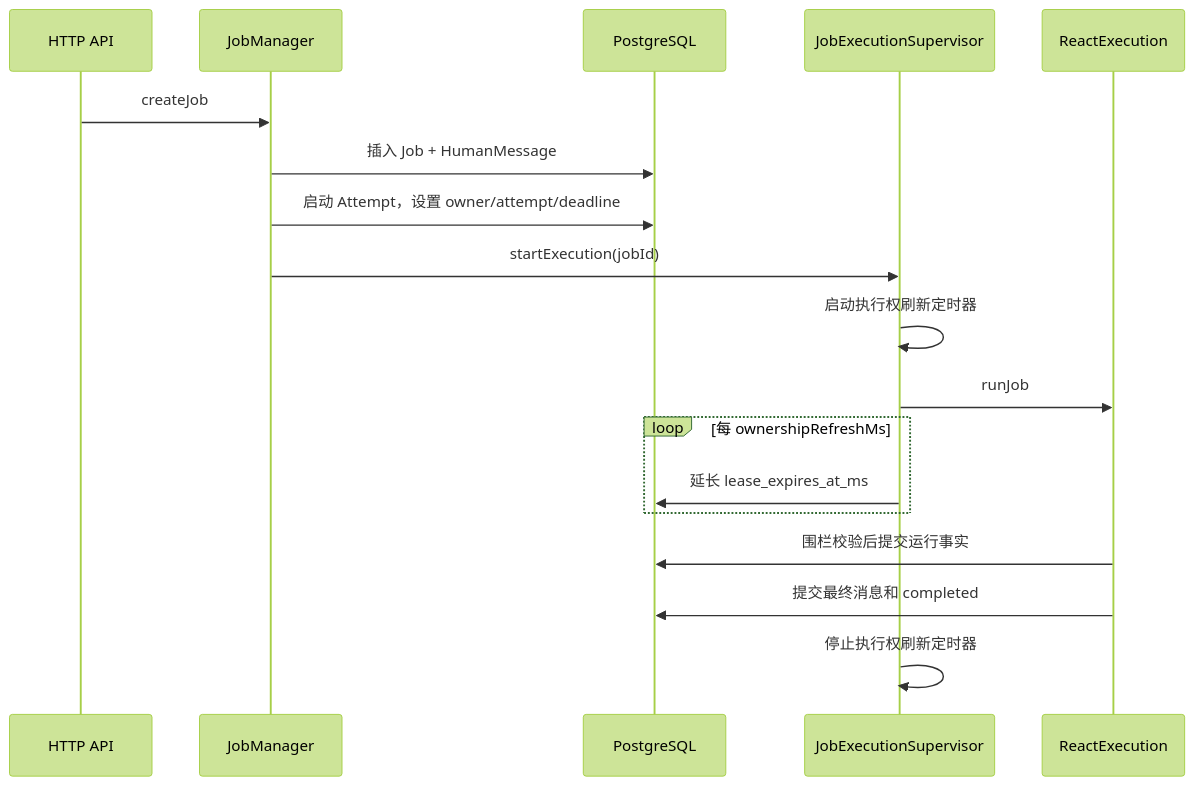
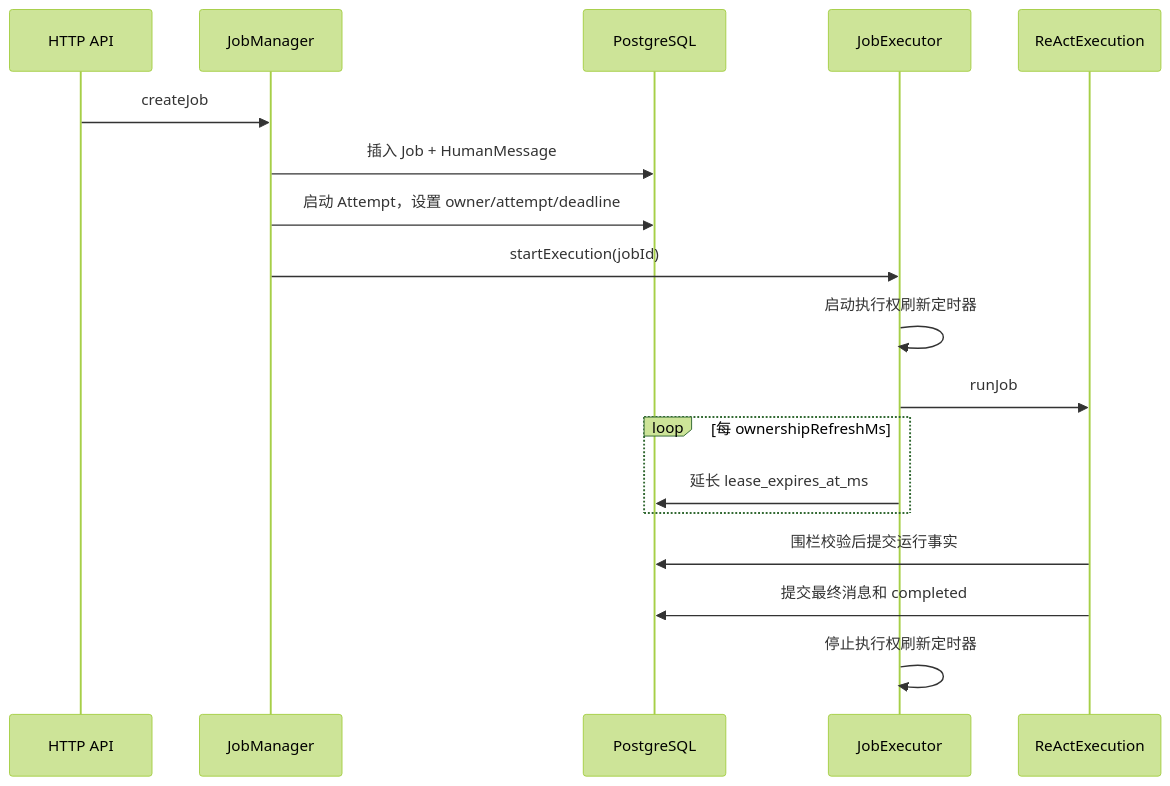
The second of 3 diagrams in docs/06-job-execution-ownership-and-recovery.md (lucyonegit/agent-runtime-v2), drawn with Mermaid (forest theme) before and after one commit. The commit also changed other lines of this file and 27 other files, not shown here.

````diff
--- a/docs/06-job-execution-ownership-and-recovery.md
+++ b/docs/06-job-execution-ownership-and-recovery.md
@@ -179,23 +179,23 @@
 ```mermaid
 sequenceDiagram
     participant API as HTTP API
     participant JM as JobManager
     participant DB as PostgreSQL
-    participant SUP as JobExecutionSupervisor
-    participant RE as ReactExecution
+    participant SUP as JobExecutor
+    participant RE as ReActExecution
 
     API->>JM: createJob
     JM->>DB: 插入 Job + HumanMessage
     JM->>DB: 启动 Attempt，设置 owner/attempt/deadline
     JM->>SUP: startExecution(jobId)
     SUP->>SUP: 启动执行权刷新定时器
     SUP->>RE: runJob
 
     loop 每 ownershipRefreshMs
         SUP->>DB: 延长 lease_expires_at_ms
     end
 
     RE->>DB: 围栏校验后提交运行事实
     RE->>DB: 提交最终消息和 completed
     SUP->>SUP: 停止执行权刷新定时器
 ```
````
